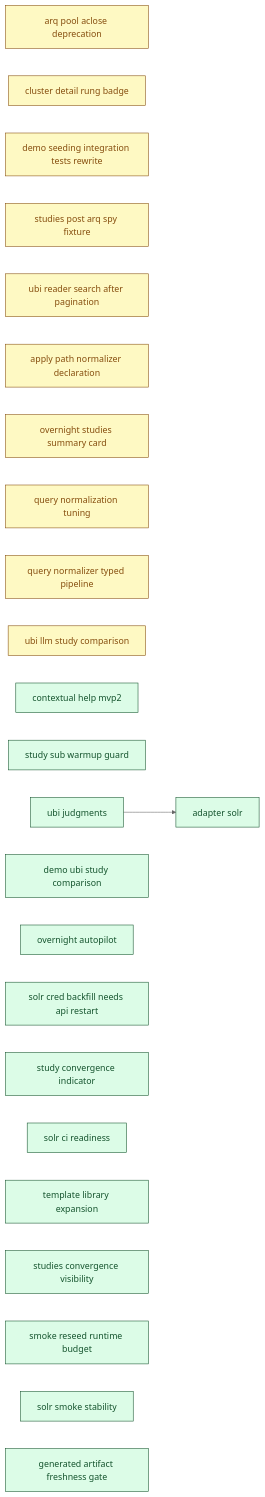
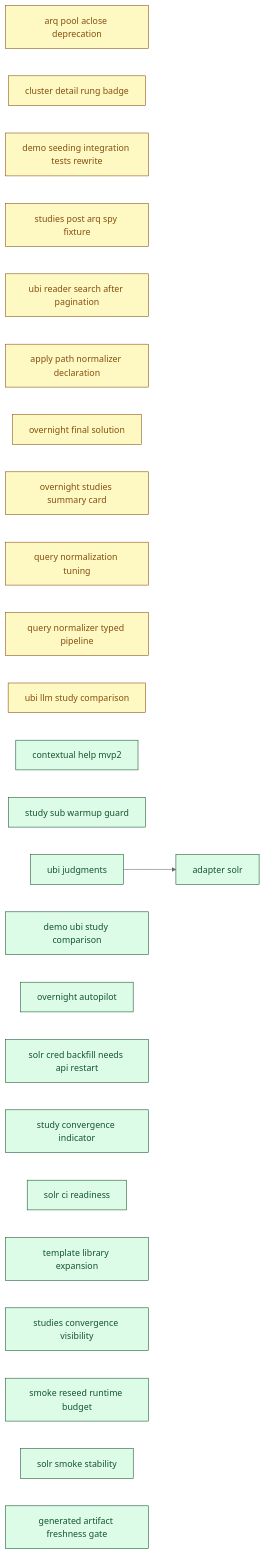
The diagram in docs/00_overview/MVP2_DASHBOARD.md (SoundMindsAI/relyloop), drawn with Mermaid (neutral theme) before and after one commit. The commit also changed other lines of this file and 43 other files, not shown here.

First line of the commit message:
feat: autonomous cross-knob overnight tuning (feat_overnight_final_solution) (#440)

````diff
--- a/docs/00_overview/MVP2_DASHBOARD.md
+++ b/docs/00_overview/MVP2_DASHBOARD.md
@@ -107,57 +110,59 @@
 ```mermaid
 graph LR
   classDef done fill:#dcfce7,stroke:#14532d,color:#14532d;
   classDef implement fill:#ffedd5,stroke:#9a3412,color:#9a3412;
   classDef plan fill:#fef9c3,stroke:#854d0e,color:#854d0e;
   classDef spec fill:#dbeafe,stroke:#1e40af,color:#1e40af;
   classDef idea fill:#f1f5f9,stroke:#334155,color:#334155;
   chore_arq_pool_aclose_deprecation["arq pool aclose deprecation"]
   class chore_arq_pool_aclose_deprecation plan;
   chore_cluster_detail_rung_badge["cluster detail rung badge"]
   class chore_cluster_detail_rung_badge plan;
   chore_demo_seeding_integration_tests_rewrite["demo seeding integration tests rewrite"]
   class chore_demo_seeding_integration_tests_rewrite plan;
   chore_studies_post_arq_spy_fixture["studies post arq spy fixture"]
   class chore_studies_post_arq_spy_fixture plan;
   chore_ubi_reader_search_after_pagination["ubi reader search after pagination"]
   class chore_ubi_reader_search_after_pagination plan;
   feat_apply_path_normalizer_declaration["apply path normalizer declaration"]
   class feat_apply_path_normalizer_declaration plan;
+  feat_overnight_final_solution["overnight final solution"]
+  class feat_overnight_final_solution plan;
   feat_overnight_studies_summary_card["overnight studies summary card"]
   class feat_overnight_studies_summary_card plan;
   feat_query_normalization_tuning["query normalization tuning"]
   class feat_query_normalization_tuning plan;
   feat_query_normalizer_typed_pipeline["query normalizer typed pipeline"]
   class feat_query_normalizer_typed_pipeline plan;
   feat_ubi_llm_study_comparison["ubi llm study comparison"]
   class feat_ubi_llm_study_comparison plan;
   feat_contextual_help_mvp2["contextual help mvp2"]
   class feat_contextual_help_mvp2 done;
   feat_study_sub_warmup_guard["study sub warmup guard"]
   class feat_study_sub_warmup_guard done;
   feat_ubi_judgments["ubi judgments"]
   class feat_ubi_judgments done;
   feat_demo_ubi_study_comparison["demo ubi study comparison"]
   class feat_demo_ubi_study_comparison done;
   feat_overnight_autopilot["overnight autopilot"]
   class feat_overnight_autopilot done;
   infra_adapter_solr["adapter solr"]
   class infra_adapter_solr done;
   chore_solr_cred_backfill_needs_api_restart["solr cred backfill needs api restart"]
   class chore_solr_cred_backfill_needs_api_restart done;
   feat_study_convergence_indicator["study convergence indicator"]
   class feat_study_convergence_indicator done;
   infra_solr_ci_readiness["solr ci readiness"]
   class infra_solr_ci_readiness done;
   chore_template_library_expansion["template library expansion"]
   class chore_template_library_expansion done;
   feat_studies_convergence_visibility["studies convergence visibility"]
   class feat_studies_convergence_visibility done;
   infra_smoke_reseed_runtime_budget["smoke reseed runtime budget"]
   class infra_smoke_reseed_runtime_budget done;
   infra_solr_smoke_stability["solr smoke stability"]
   class infra_solr_smoke_stability done;
   infra_generated_artifact_freshness_gate["generated artifact freshness gate"]
   class infra_generated_artifact_freshness_gate done;
   feat_ubi_judgments --> infra_adapter_solr
 ```
````
